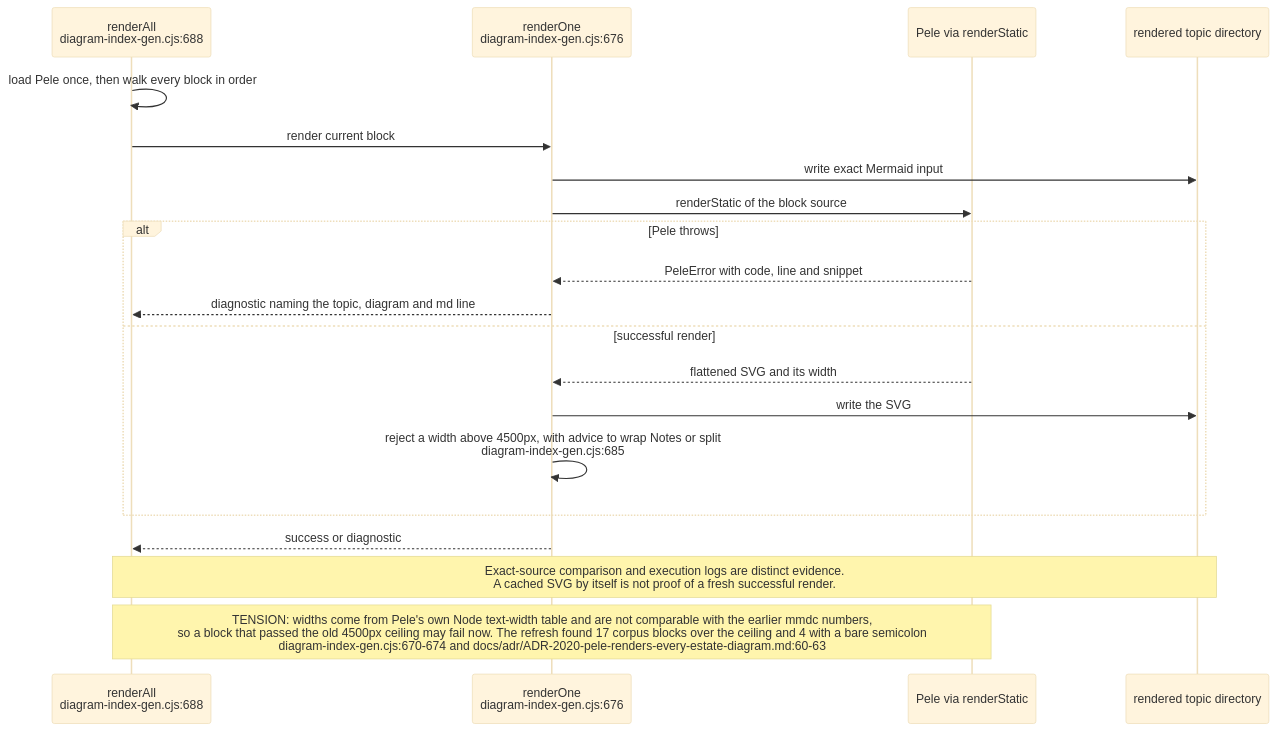
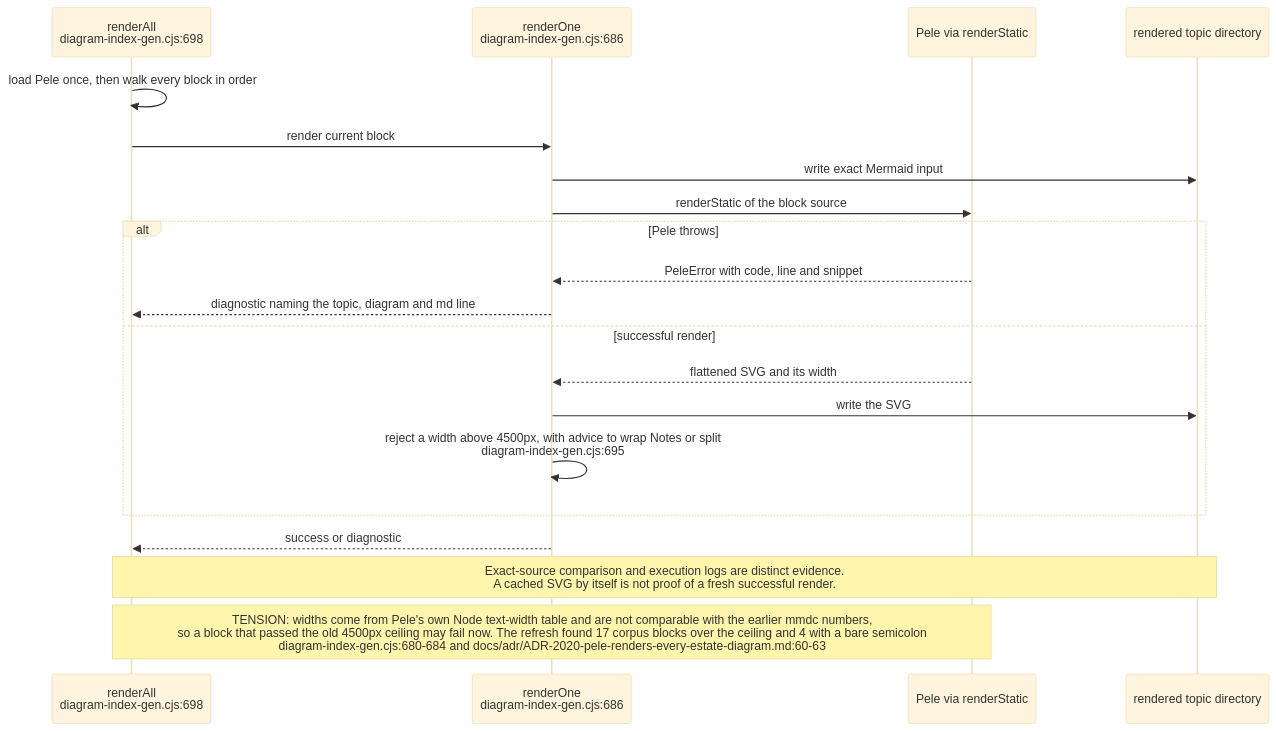
Diagram 11 of 15 in docs/diagrams/visionflow/06-diagram-tooling.md (DreamLab-AI/VisionFlow), drawn with Mermaid (base theme) before and after one commit. The commit also changed other lines of this file and 142 other files, not shown here.

First line of the commit message:
docs(diagrams): one System One route; re-verify 140 topics at today's heads

````diff
--- a/docs/diagrams/visionflow/06-diagram-tooling.md
+++ b/docs/diagrams/visionflow/06-diagram-tooling.md
@@ -338,22 +339,22 @@
 ```mermaid
 sequenceDiagram
-    participant G as renderAll<br/>diagram-index-gen.cjs:688
-    participant R as renderOne<br/>diagram-index-gen.cjs:676
+    participant G as renderAll<br/>diagram-index-gen.cjs:698
+    participant R as renderOne<br/>diagram-index-gen.cjs:686
     participant M as Pele via renderStatic
     participant O as rendered topic directory
     G->>G: load Pele once, then walk every block in order
     G->>R: render current block
     R->>O: write exact Mermaid input
     R->>M: renderStatic of the block source
     alt Pele throws
         M-->>R: PeleError with code, line and snippet
         R-->>G: diagnostic naming the topic, diagram and md line
     else successful render
         M-->>R: flattened SVG and its width
         R->>O: write the SVG
-        R->>R: reject a width above 4500px, with advice to wrap Notes or split<br/>diagram-index-gen.cjs:685
+        R->>R: reject a width above 4500px, with advice to wrap Notes or split<br/>diagram-index-gen.cjs:695
     end
     R-->>G: success or diagnostic
     Note over G,O: Exact-source comparison and execution logs are distinct evidence.<br/>A cached SVG by itself is not proof of a fresh successful render.
-    Note over G,M: TENSION: widths come from Pele's own Node text-width table and are not comparable with the earlier mmdc numbers,<br/>so a block that passed the old 4500px ceiling may fail now. The refresh found 17 corpus blocks over the ceiling and 4 with a bare semicolon<br/>diagram-index-gen.cjs:670-674 and docs/adr/ADR-2020-pele-renders-every-estate-diagram.md:60-63
+    Note over G,M: TENSION: widths come from Pele's own Node text-width table and are not comparable with the earlier mmdc numbers,<br/>so a block that passed the old 4500px ceiling may fail now. The refresh found 17 corpus blocks over the ceiling and 4 with a bare semicolon<br/>diagram-index-gen.cjs:680-684 and docs/adr/ADR-2020-pele-renders-every-estate-diagram.md:60-63
 ```
````
